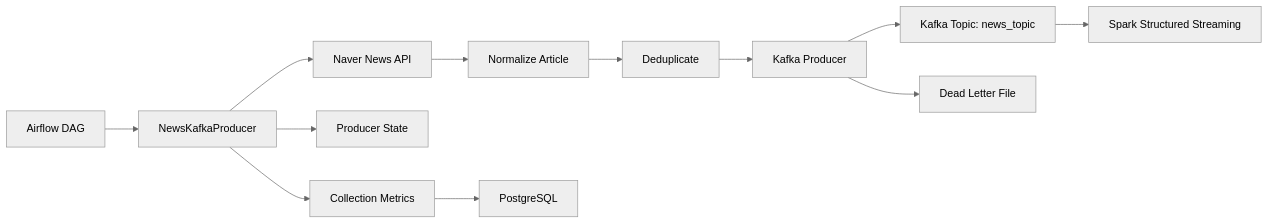
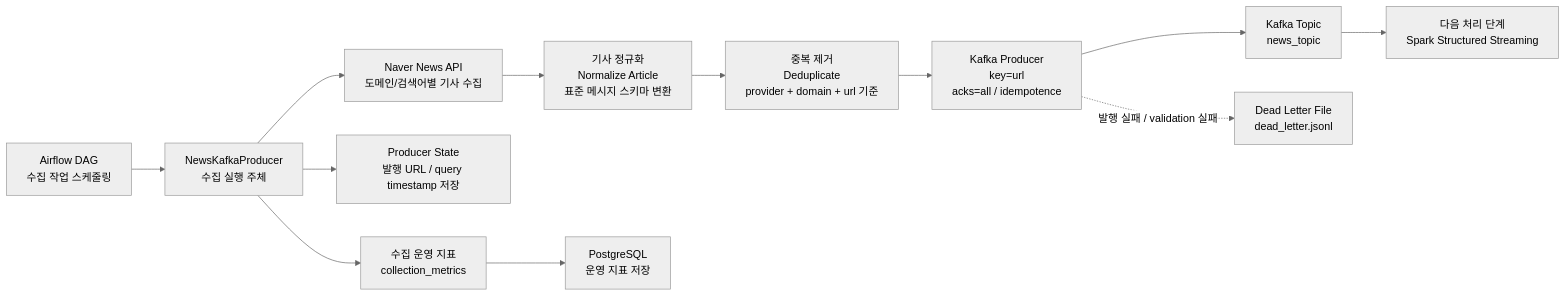
Before and after one commit to yeongmin-yu/news-trend-pipeline-dev: the first of 2 diagrams in docs/develop/Q2_KAFKA_INGESTION.md, drawn with Mermaid (neutral theme). The commit also changed 7 other files, not shown here.

````diff
--- a/docs/develop/Q2_KAFKA_INGESTION.md
+++ b/docs/develop/Q2_KAFKA_INGESTION.md
@@ -17,15 +17,16 @@
 ```mermaid
 flowchart LR
-    A[Airflow DAG] --> B[NewsKafkaProducer]
-    B --> C[Naver News API]
-    C --> D[Normalize Article]
-    D --> E[Deduplicate]
-    E --> F[Kafka Producer]
-    F --> G[Kafka Topic: news_topic]
-    G --> H[Spark Structured Streaming]
+    A["Airflow DAG<br/>수집 작업 스케줄링"] --> B["NewsKafkaProducer<br/>수집 실행 주체"]
 
-    F --> I[Dead Letter File]
-    B --> J[Producer State]
-    B --> K[Collection Metrics]
-    K --> L[PostgreSQL]
+    B --> C["Naver News API<br/>도메인/검색어별 기사 수집"]
+    C --> D["기사 정규화<br/>Normalize Article<br/>표준 메시지 스키마 변환"]
+    D --> E["중복 제거<br/>Deduplicate<br/>provider + domain + url 기준"]
+    E --> F["Kafka Producer<br/>key=url<br/>acks=all / idempotence"]
+    F --> G["Kafka Topic<br/>news_topic"]
+    G --> H["다음 처리 단계<br/>Spark Structured Streaming"]
+
+    F -. "발행 실패 / validation 실패" .-> I["Dead Letter File<br/>dead_letter.jsonl"]
+    B --> J["Producer State<br/>발행 URL / query timestamp 저장"]
+    B --> K["수집 운영 지표<br/>collection_metrics"]
+    K --> L["PostgreSQL<br/>운영 지표 저장"]
 ```
````
